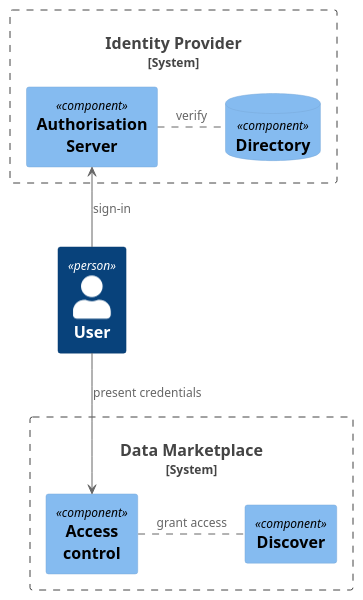
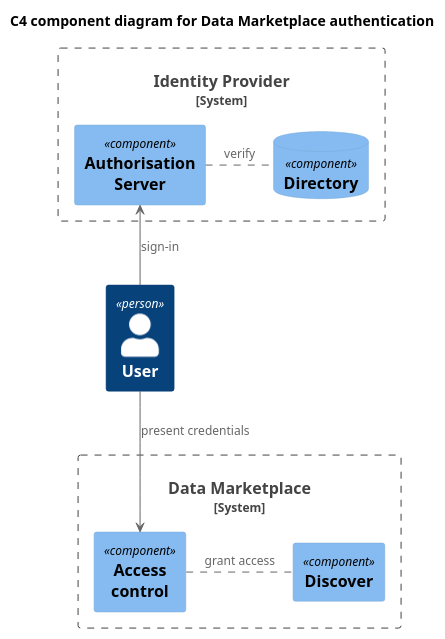
Before and after one commit to co-cddo/data-architecture: the diagram in data-marketplace/dm-c4-component-auth.puml, drawn with PlantUML. The commit also changed 1 other file, not shown here.

Commit message:
Update file(s) "/." from "co-cddo/data-architecture-r"

```diff
--- a/data-marketplace/dm-c4-component-auth.puml
+++ b/data-marketplace/dm-c4-component-auth.puml
@@ -1,22 +1,24 @@
 @startuml dm-c4-component-auth 
 !include <C4/C4_Component>
 
+title C4 component diagram for Data Marketplace authentication
+  
 Person(user, "User", "")
 
 System_Boundary(idp, "Identity Provider") {
   ComponentDb(ldap,"Directory","") 
   Component(auth, "Authorisation\nServer")
 }
 
 System_Boundary(dm, "Data Marketplace") {
   Component(discover, "Discover")
   Component(ac, "Access\ncontrol")
 }
 
 user -up-> auth : sign-in
 auth . ldap : verify
 
 user --> ac : present credentials
 ac . discover : grant access
 
 @enduml
```
